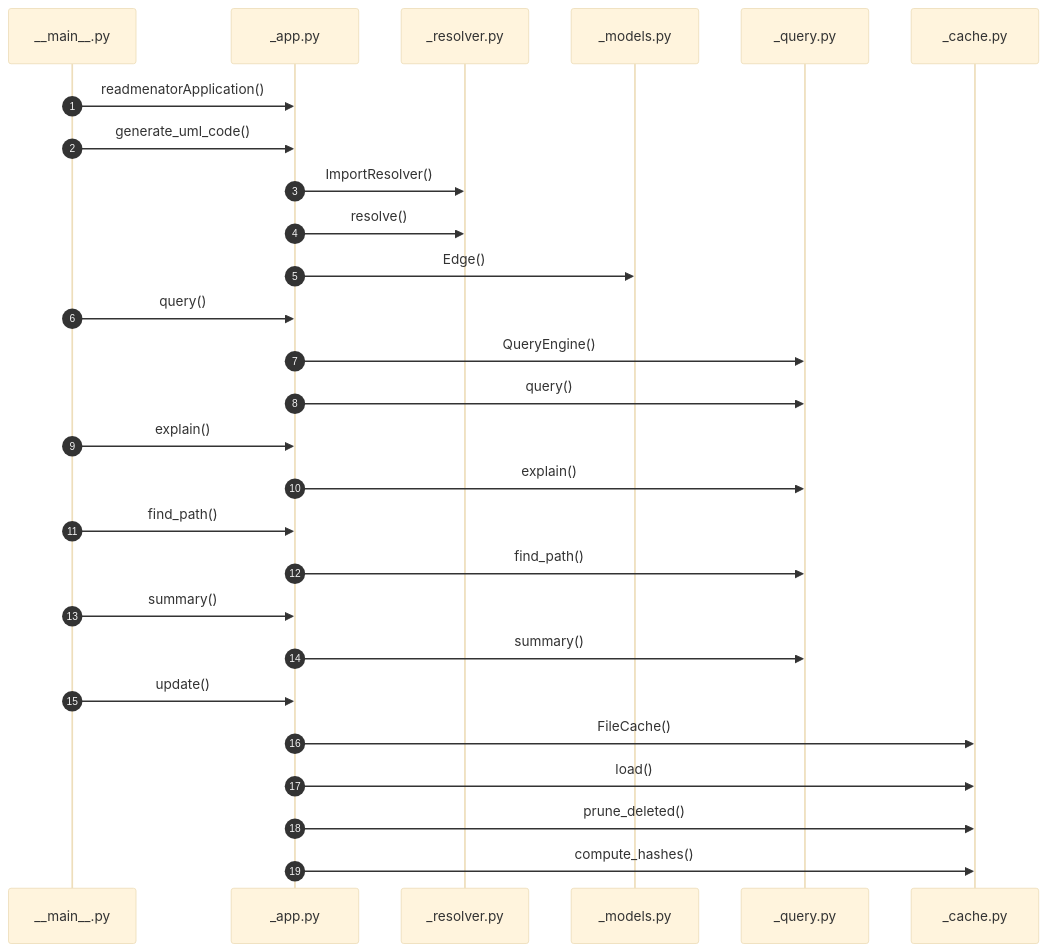
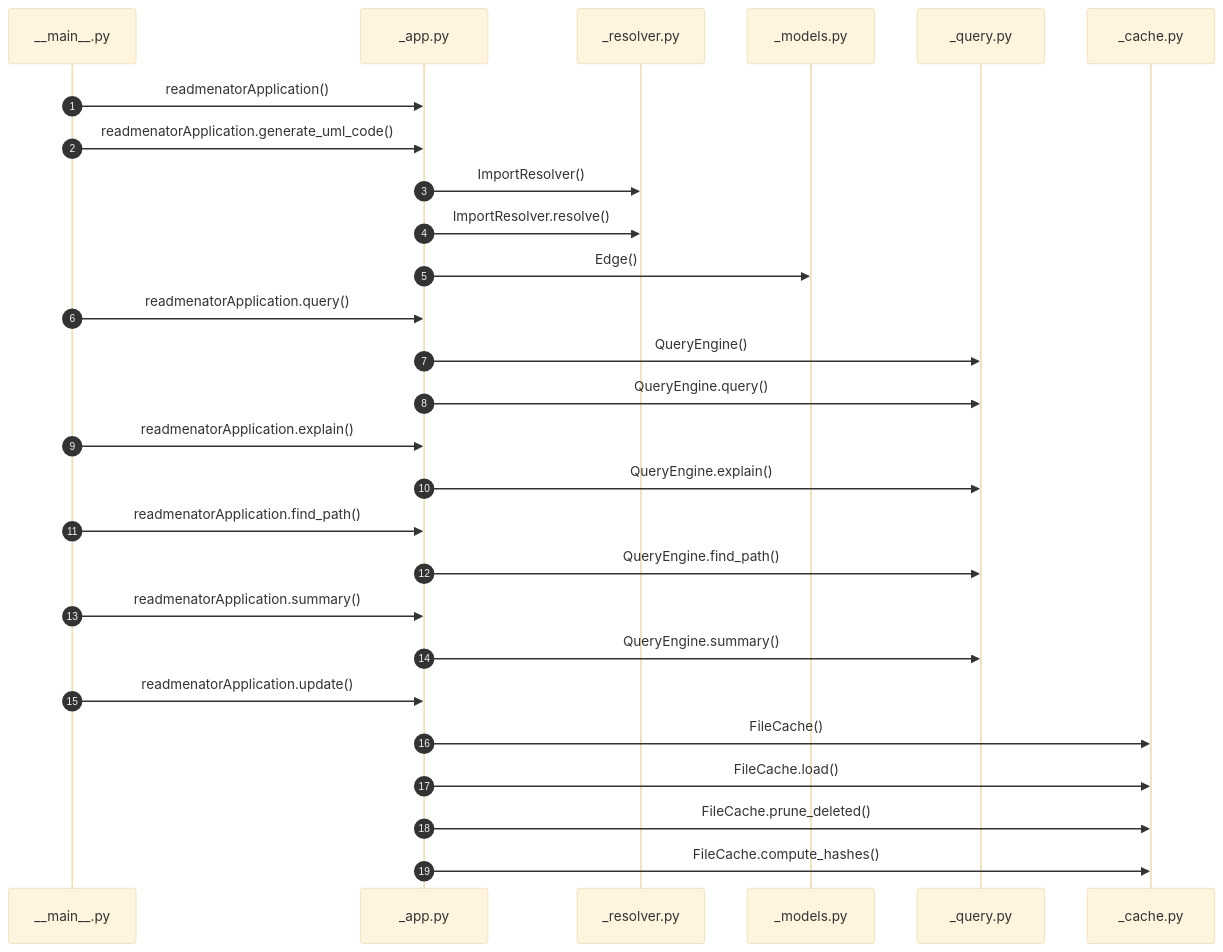
Before and after one commit to grisuno/ReadMenator: the fourth of 7 diagrams in readmenator-apidocs/architecture.md, drawn with Mermaid (base theme). The commit also changed other lines of this file and 224 other files, not shown here.

Commit message:
new diagrams :D

````diff
--- a/readmenator-apidocs/architecture.md
+++ b/readmenator-apidocs/architecture.md
@@ -288,29 +518,29 @@
 ```mermaid
 sequenceDiagram
     autonumber
     participant p_readmenator___main___py as __main__.py
     participant p_readmenator__app_py as _app.py
     participant p_readmenator__resolver_py as _resolver.py
     participant p_readmenator__models_py as _models.py
     participant p_readmenator__query_py as _query.py
     participant p_readmenator__cache_py as _cache.py
     p_readmenator___main___py->>p_readmenator__app_py: readmenatorApplication()
-    p_readmenator___main___py->>p_readmenator__app_py: generate_uml_code()
+    p_readmenator___main___py->>p_readmenator__app_py: readmenatorApplication.generate_uml_code()
     p_readmenator__app_py->>p_readmenator__resolver_py: ImportResolver()
-    p_readmenator__app_py->>p_readmenator__resolver_py: resolve()
+    p_readmenator__app_py->>p_readmenator__resolver_py: ImportResolver.resolve()
     p_readmenator__app_py->>p_readmenator__models_py: Edge()
-    p_readmenator___main___py->>p_readmenator__app_py: query()
+    p_readmenator___main___py->>p_readmenator__app_py: readmenatorApplication.query()
     p_readmenator__app_py->>p_readmenator__query_py: QueryEngine()
-    p_readmenator__app_py->>p_readmenator__query_py: query()
-    p_readmenator___main___py->>p_readmenator__app_py: explain()
-    p_readmenator__app_py->>p_readmenator__query_py: explain()
-    p_readmenator___main___py->>p_readmenator__app_py: find_path()
-    p_readmenator__app_py->>p_readmenator__query_py: find_path()
-    p_readmenator___main___py->>p_readmenator__app_py: summary()
-    p_readmenator__app_py->>p_readmenator__query_py: summary()
-    p_readmenator___main___py->>p_readmenator__app_py: update()
+    p_readmenator__app_py->>p_readmenator__query_py: QueryEngine.query()
+    p_readmenator___main___py->>p_readmenator__app_py: readmenatorApplication.explain()
+    p_readmenator__app_py->>p_readmenator__query_py: QueryEngine.explain()
+    p_readmenator___main___py->>p_readmenator__app_py: readmenatorApplication.find_path()
+    p_readmenator__app_py->>p_readmenator__query_py: QueryEngine.find_path()
+    p_readmenator___main___py->>p_readmenator__app_py: readmenatorApplication.summary()
+    p_readmenator__app_py->>p_readmenator__query_py: QueryEngine.summary()
+    p_readmenator___main___py->>p_readmenator__app_py: readmenatorApplication.update()
     p_readmenator__app_py->>p_readmenator__cache_py: FileCache()
-    p_readmenator__app_py->>p_readmenator__cache_py: load()
-    p_readmenator__app_py->>p_readmenator__cache_py: prune_deleted()
-    p_readmenator__app_py->>p_readmenator__cache_py: compute_hashes()
+    p_readmenator__app_py->>p_readmenator__cache_py: FileCache.load()
+    p_readmenator__app_py->>p_readmenator__cache_py: FileCache.prune_deleted()
+    p_readmenator__app_py->>p_readmenator__cache_py: FileCache.compute_hashes()
 ```
````
